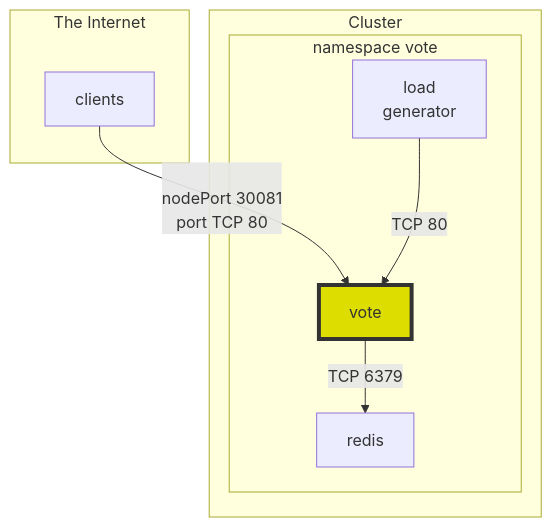
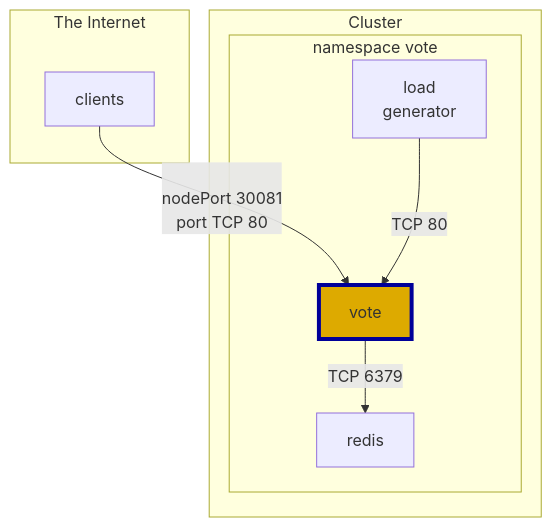
Before and after one commit to regisftm/owasp-toronto: the second of 2 diagrams in README.md, drawn with Mermaid.

Commit message:
Links fix

````diff
--- a/README.md
+++ b/README.md
@@ -81,17 +81,17 @@
 ```mermaid
 flowchart TD
 subgraph The Internet
     Z[clients]
 end
 Z -->|\nnodePort 30081 \n port TCP 80| B
 subgraph Cluster
     subgraph namespace vote
         A[load\n generator]
         B[vote]
         C[redis]
-        style B fill:#dd0,stroke:#333,stroke-width:4px
+        style B fill:#da0,stroke:#009,stroke-width:4px
     end
     A -->|TCP 80| B
     B -->|TCP 6379| C
 end
 ```
````
